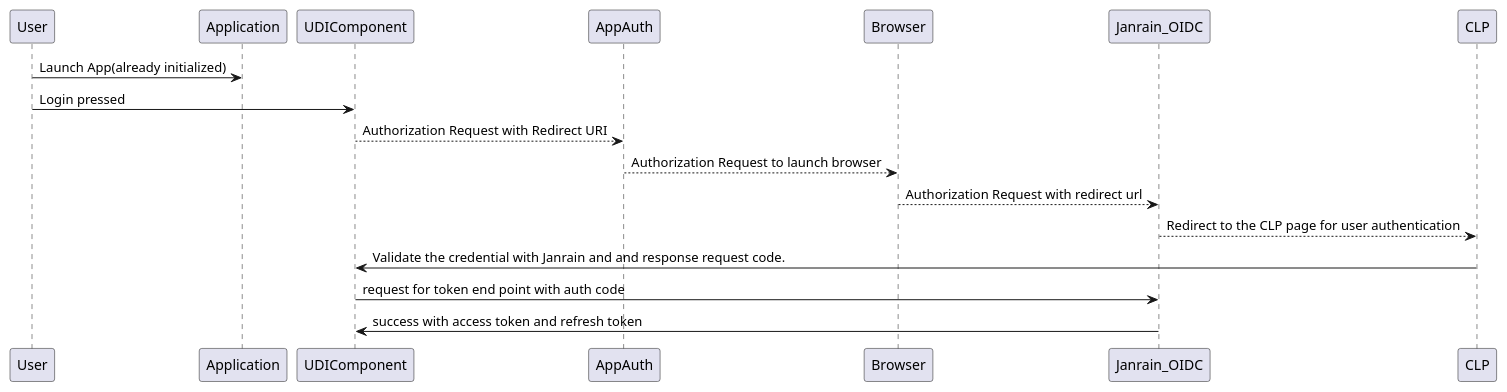
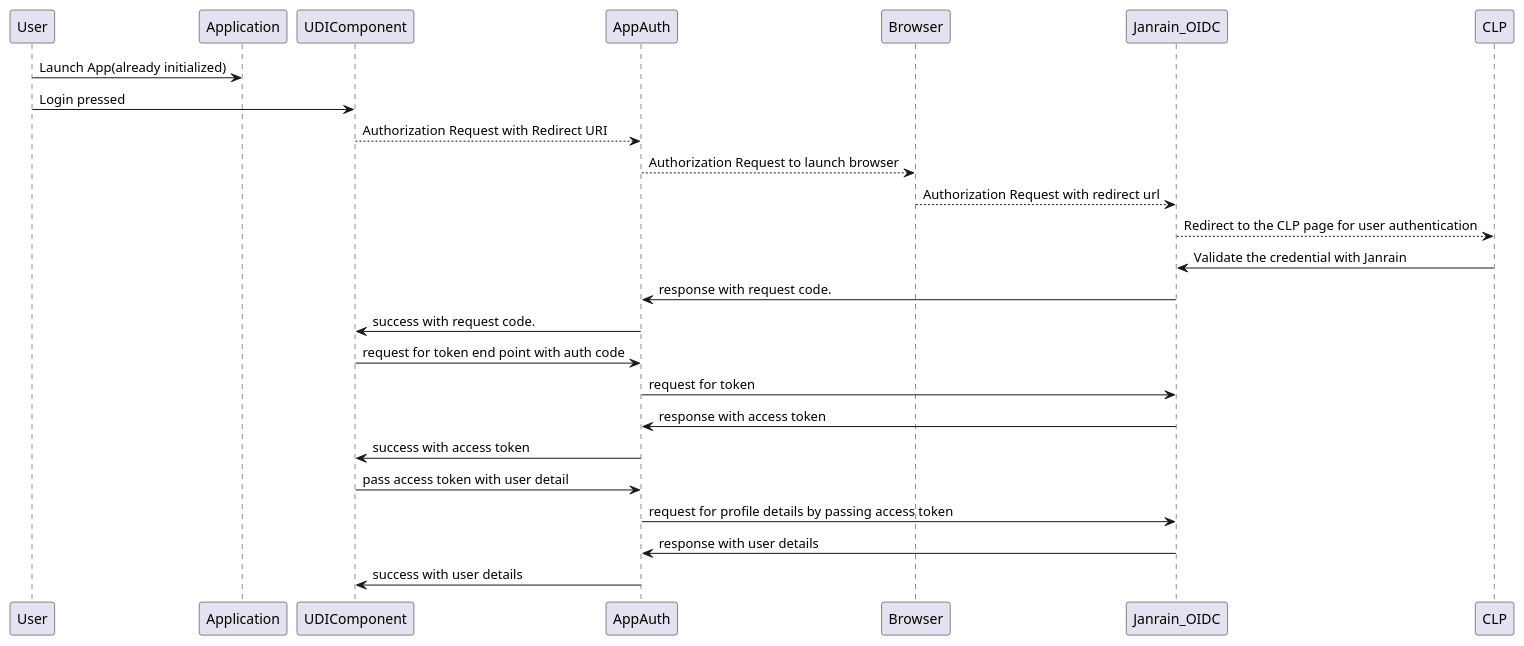
Before and after one commit to rahul2008/mobile-plf-android: the diagram in Source/usr/Source/DemoApp/app/src/main/java/com/philips/uiddemo/UDI_Login.puml, drawn with PlantUML. The commit also changed 1 other file, not shown here.

Commit message:
Updated diagram

```diff
--- a/Source/usr/Source/DemoApp/app/src/main/java/com/philips/uiddemo/UDI_Login.puml
+++ b/Source/usr/Source/DemoApp/app/src/main/java/com/philips/uiddemo/UDI_Login.puml
@@ -1,21 +1,32 @@
 @startuml
 User -> Application : Launch App(already initialized)
 
 
 'UDIComponent -> ServiceDiscovery: get configuration urls(on country basis)
 'ServiceDiscovery ->UDIComponent : return configuration urls
 
 User -> UDIComponent : Login pressed
 UDIComponent --> AppAuth:Authorization Request with Redirect URI
 
 AppAuth  --> Browser : Authorization Request to launch browser
 Browser --> Janrain_OIDC: Authorization Request with redirect url
 
 CLP <-- Janrain_OIDC : Redirect to the CLP page for user authentication
 
-CLP ->UDIComponent :Validate the credential with Janrain and and response request code.
+CLP ->Janrain_OIDC :Validate the credential with Janrain
 
-UDIComponent ->Janrain_OIDC:request for token end point with auth code
-Janrain_OIDC -> UDIComponent: success with access token and refresh token
+Janrain_OIDC -> AppAuth:response with request code.
+AppAuth -> UDIComponent:success with request code.
+UDIComponent ->AppAuth:request for token end point with auth code
+AppAuth ->Janrain_OIDC : request for token
+
+Janrain_OIDC ->AppAuth: response with access token
+
+AppAuth -> UDIComponent: success with access token
+UDIComponent ->AppAuth :pass access token with user detail
+AppAuth ->Janrain_OIDC: request for profile details by passing access token
+Janrain_OIDC -> AppAuth: response with user details
+AppAuth -> UDIComponent: success with user details
+
 
 @enduml
```
